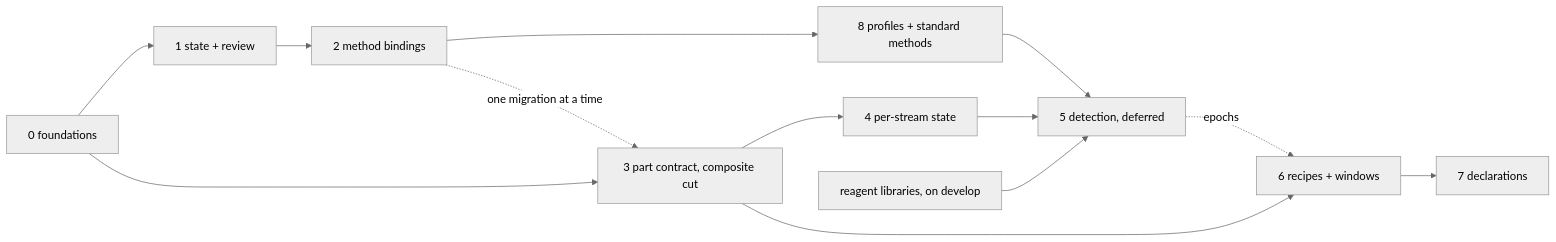
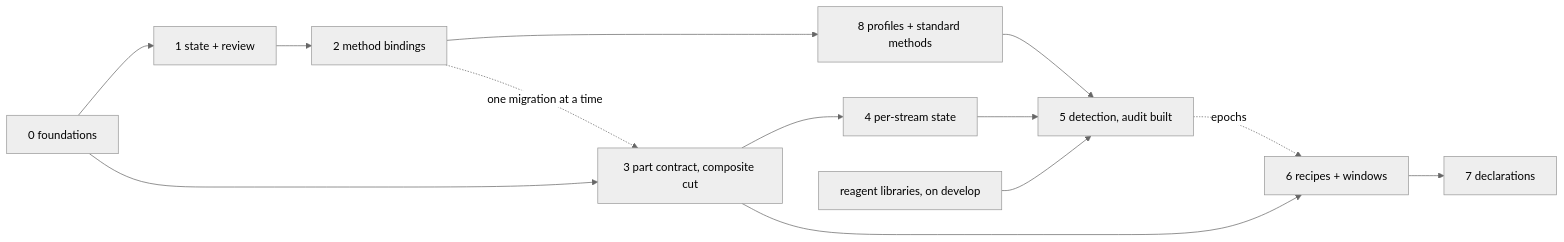
One commit to ultra-trace-systems/mascope changed the second of 2 diagrams in docs/dev/ingest_routing_and_splitting.md. Above: the diagram before and after it, drawn with Mermaid (neutral theme). The commit also changed other lines of this file, not shown here.

First line of the commit message:
docs(ingest): chemistry detection, built as an audit and measured

````diff
--- a/docs/dev/ingest_routing_and_splitting.md
+++ b/docs/dev/ingest_routing_and_splitting.md
@@ -3460,15 +3628,15 @@
 ```mermaid
 graph LR
     P0[0 foundations] --> P1[1 state + review]
     P0 --> P3[3 part contract, composite cut]
     P1 --> P2[2 method bindings]
     P2 --> P8[8 profiles + standard methods]
     P2 -.one migration at a time.-> P3
     P3 --> P4[4 per-stream state]
-    P8 --> P5[5 detection, deferred]
+    P8 --> P5[5 detection, audit built]
     P4 --> P5
     E[reagent libraries, on develop] --> P5
     P3 --> P6[6 recipes + windows]
     P5 -.epochs.-> P6
     P6 --> P7[7 declarations]
 ```
````
